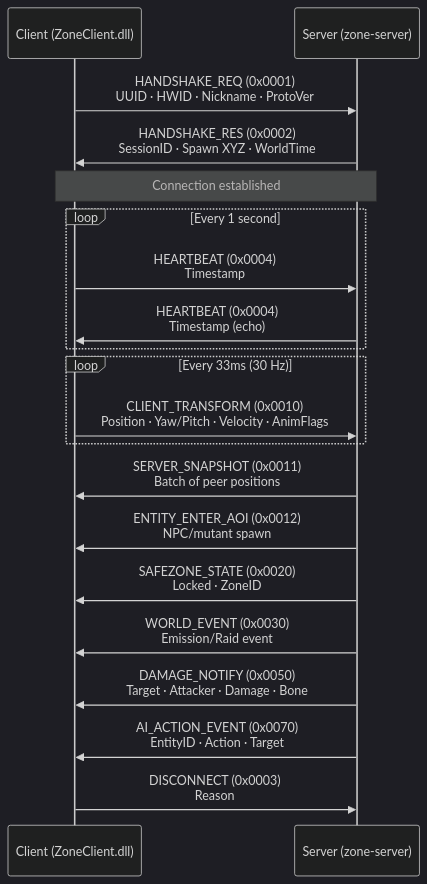
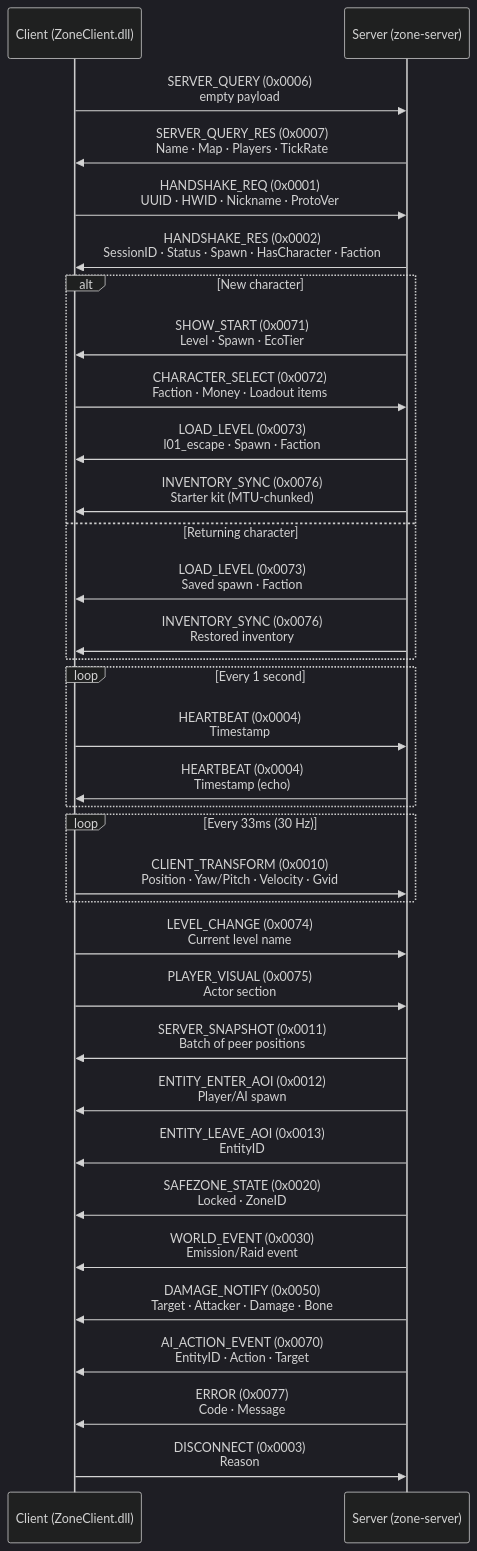
Before and after one commit to AnarchadiaMC/Zone: the third of 3 diagrams in README.md, drawn with Mermaid (dark theme). The commit also changed other lines of this file and 2 other files, not shown here.

First line of the commit message:
feat(server): CLI flags, docs and production roadmap

````diff
--- a/README.md
+++ b/README.md
@@ -192,27 +203,44 @@
 ```mermaid
 sequenceDiagram
     participant C as Client (ZoneClient.dll)
     participant S as Server (zone-server)
 
+    C->>S: SERVER_QUERY (0x0006)<br/>empty payload
+    S->>C: SERVER_QUERY_RES (0x0007)<br/>Name · Map · Players · TickRate
+
     C->>S: HANDSHAKE_REQ (0x0001)<br/>UUID · HWID · Nickname · ProtoVer
-    S->>C: HANDSHAKE_RES (0x0002)<br/>SessionID · Spawn XYZ · WorldTime
-    Note over C,S: Connection established
+    S->>C: HANDSHAKE_RES (0x0002)<br/>SessionID · Status · Spawn · HasCharacter · Faction
+
+    alt New character
+        S->>C: SHOW_START (0x0071)<br/>Level · Spawn · EcoTier
+        C->>S: CHARACTER_SELECT (0x0072)<br/>Faction · Money · Loadout items
+        S->>C: LOAD_LEVEL (0x0073)<br/>l01_escape · Spawn · Faction
+        S->>C: INVENTORY_SYNC (0x0076)<br/>Starter kit (MTU-chunked)
+    else Returning character
+        S->>C: LOAD_LEVEL (0x0073)<br/>Saved spawn · Faction
+        S->>C: INVENTORY_SYNC (0x0076)<br/>Restored inventory
+    end
 
     loop Every 1 second
         C->>S: HEARTBEAT (0x0004)<br/>Timestamp
         S->>C: HEARTBEAT (0x0004)<br/>Timestamp (echo)
     end
 
     loop Every 33ms (30 Hz)
-        C->>S: CLIENT_TRANSFORM (0x0010)<br/>Position · Yaw/Pitch · Velocity · AnimFlags
+        C->>S: CLIENT_TRANSFORM (0x0010)<br/>Position · Yaw/Pitch · Velocity · Gvid
     end
 
+    C->>S: LEVEL_CHANGE (0x0074)<br/>Current level name
+    C->>S: PLAYER_VISUAL (0x0075)<br/>Actor section
+
     S->>C: SERVER_SNAPSHOT (0x0011)<br/>Batch of peer positions
-    S->>C: ENTITY_ENTER_AOI (0x0012)<br/>NPC/mutant spawn
+    S->>C: ENTITY_ENTER_AOI (0x0012)<br/>Player/AI spawn
+    S->>C: ENTITY_LEAVE_AOI (0x0013)<br/>EntityID
     S->>C: SAFEZONE_STATE (0x0020)<br/>Locked · ZoneID
     S->>C: WORLD_EVENT (0x0030)<br/>Emission/Raid event
     S->>C: DAMAGE_NOTIFY (0x0050)<br/>Target · Attacker · Damage · Bone
     S->>C: AI_ACTION_EVENT (0x0070)<br/>EntityID · Action · Target
+    S->>C: ERROR (0x0077)<br/>Code · Message
 
     C->>S: DISCONNECT (0x0003)<br/>Reason
 ```
````
